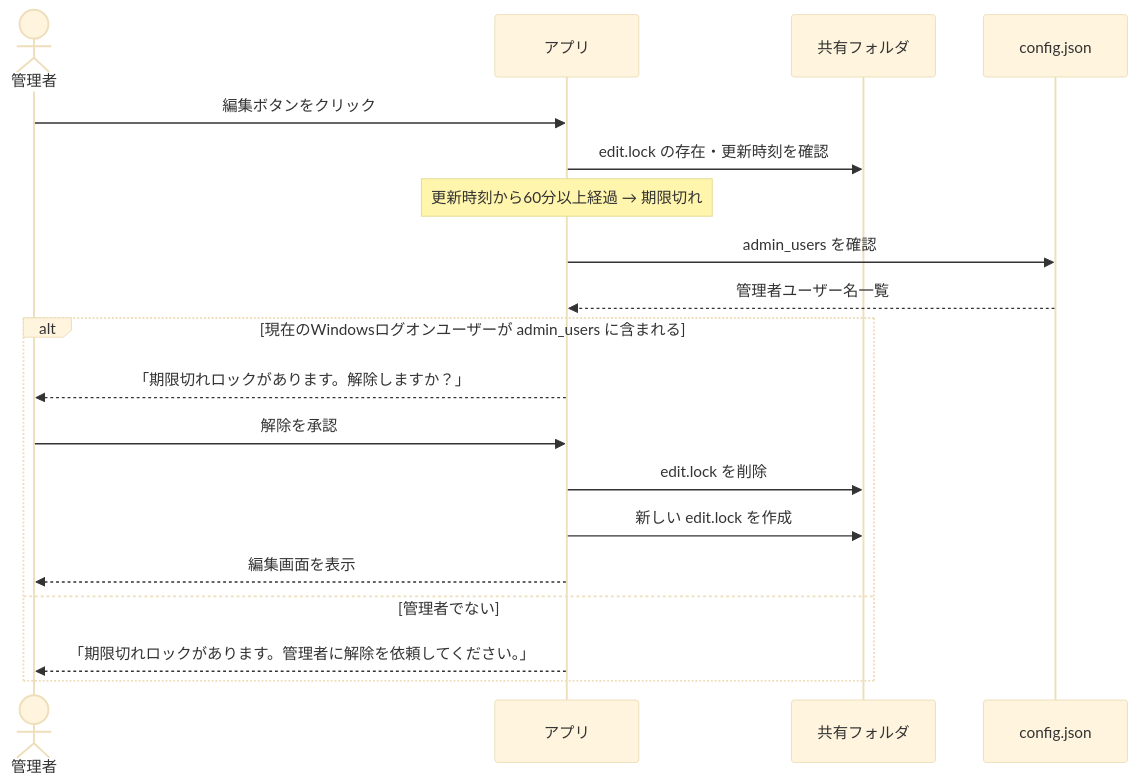
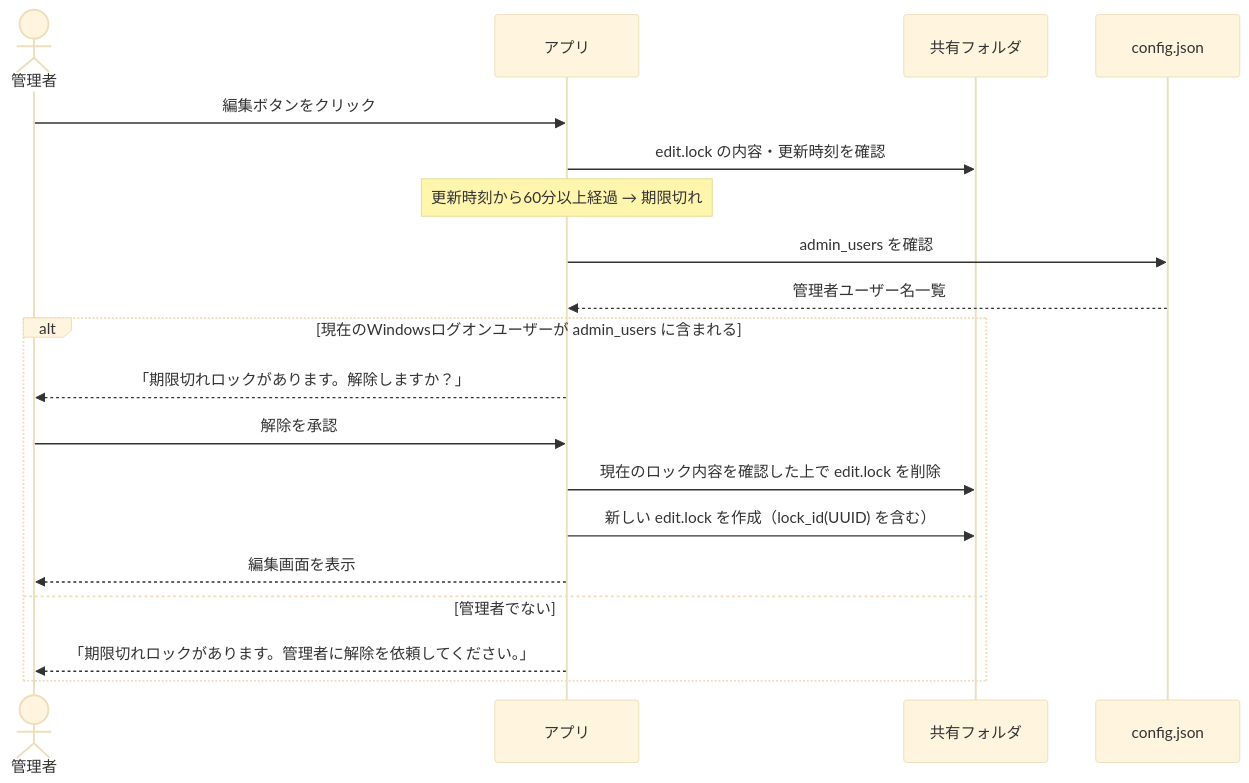
Before and after one commit to garyohosu/koudouhyo: the fifth of 8 diagrams in SEQUENCE.md, drawn with Mermaid (base theme). The commit also changed other lines of this file and 3 other files, not shown here.

Commit message:
docs: refine locking and transaction flows

````diff
--- a/SEQUENCE.md
+++ b/SEQUENCE.md
@@ -130,23 +146,23 @@
 ```mermaid
 sequenceDiagram
     actor Admin as 管理者
     participant App as アプリ
     participant FS as 共有フォルダ
     participant CF as config.json
 
     Admin->>App: 編集ボタンをクリック
-    App->>FS: edit.lock の存在・更新時刻を確認
+    App->>FS: edit.lock の内容・更新時刻を確認
     Note over App: 更新時刻から60分以上経過 → 期限切れ
     App->>CF: admin_users を確認
     CF-->>App: 管理者ユーザー名一覧
 
     alt 現在のWindowsログオンユーザーが admin_users に含まれる
         App-->>Admin: 「期限切れロックがあります。解除しますか？」
         Admin->>App: 解除を承認
-        App->>FS: edit.lock を削除
-        App->>FS: 新しい edit.lock を作成
+        App->>FS: 現在のロック内容を確認した上で edit.lock を削除
+        App->>FS: 新しい edit.lock を作成（lock_id(UUID) を含む）
         App-->>Admin: 編集画面を表示
     else 管理者でない
         App-->>Admin: 「期限切れロックがあります。管理者に解除を依頼してください。」
     end
 ```
````
